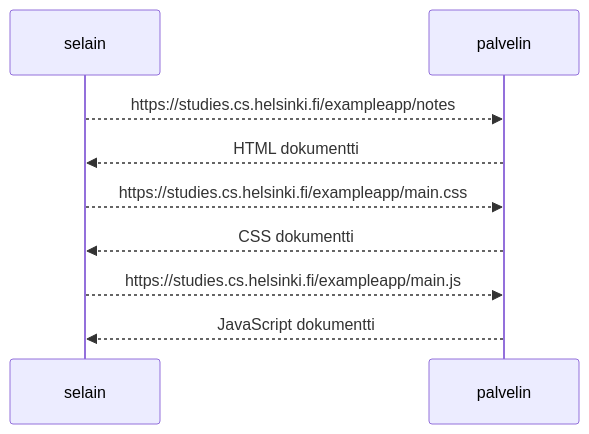
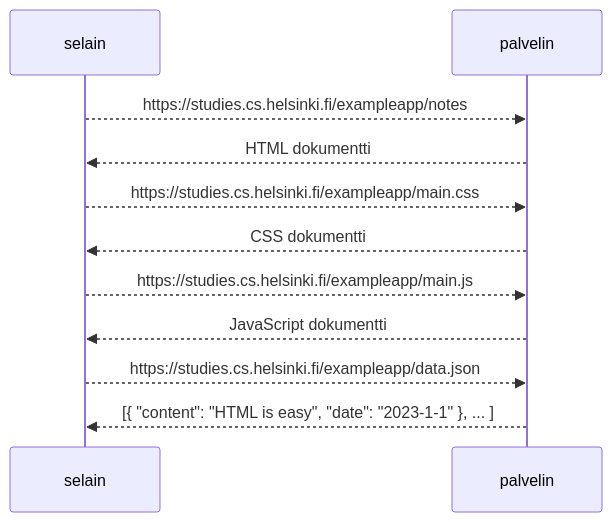
The diagram in README.md (MiroIhalainen/Web-sovellusten-toimintaperiaatteet), drawn with Mermaid before and after one commit.

````diff
--- a/README.md
+++ b/README.md
@@ -2,14 +2,17 @@
 ```mermaid
 sequenceDiagram
     participant selain
     participant palvelin
 
     selain-->>palvelin: https://studies.cs.helsinki.fi/exampleapp/notes
     palvelin-->>selain: HTML dokumentti
 
     selain-->>palvelin: https://studies.cs.helsinki.fi/exampleapp/main.css
     palvelin-->>selain: CSS dokumentti
 
     selain-->>palvelin: https://studies.cs.helsinki.fi/exampleapp/main.js
      palvelin-->>selain: JavaScript dokumentti
+
+    selain-->>palvelin: https://studies.cs.helsinki.fi/exampleapp/data.json
+    palvelin-->>selain: [{ "content": "HTML is easy", "date": "2023-1-1" }, ... ]
 ```
````
